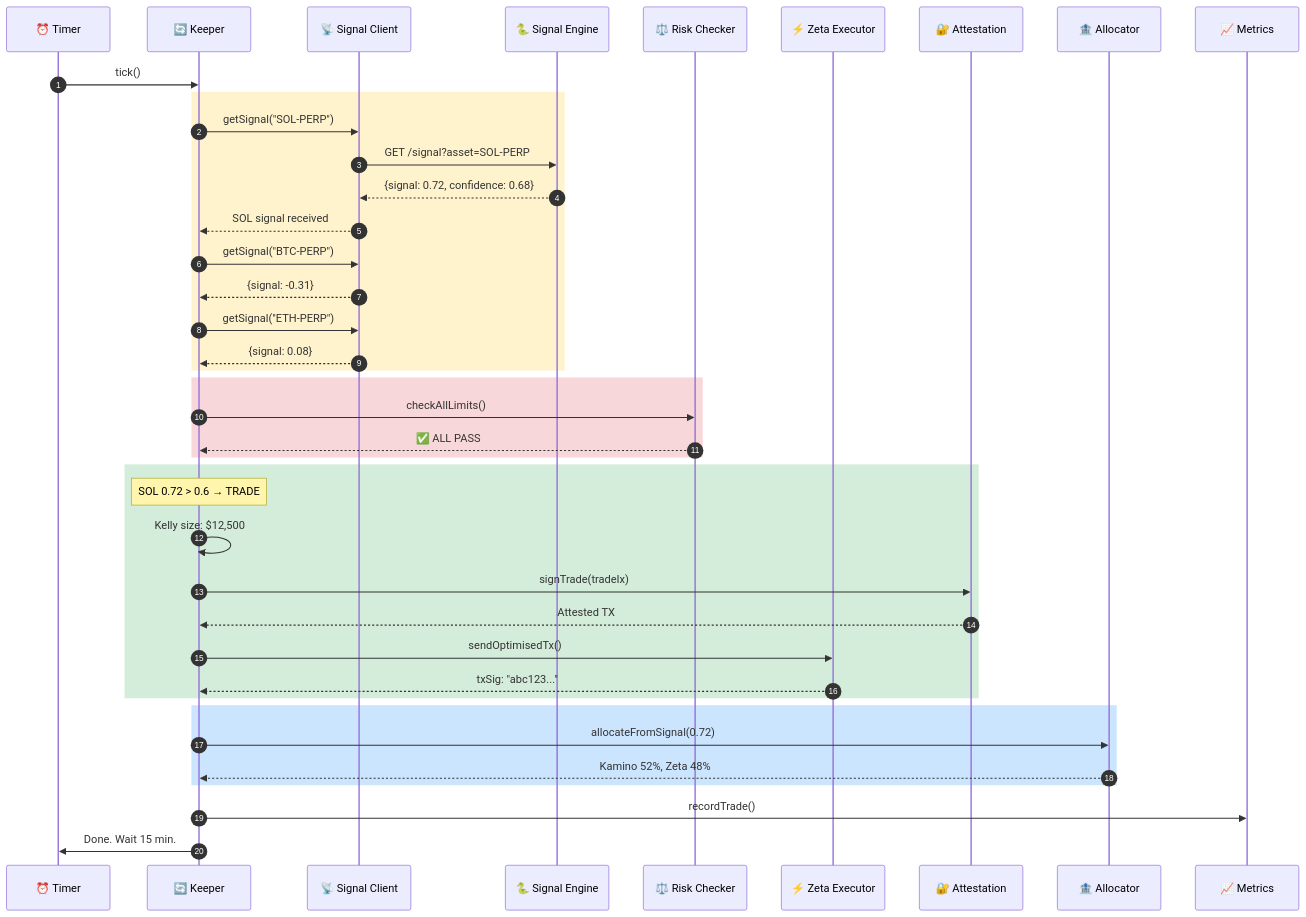
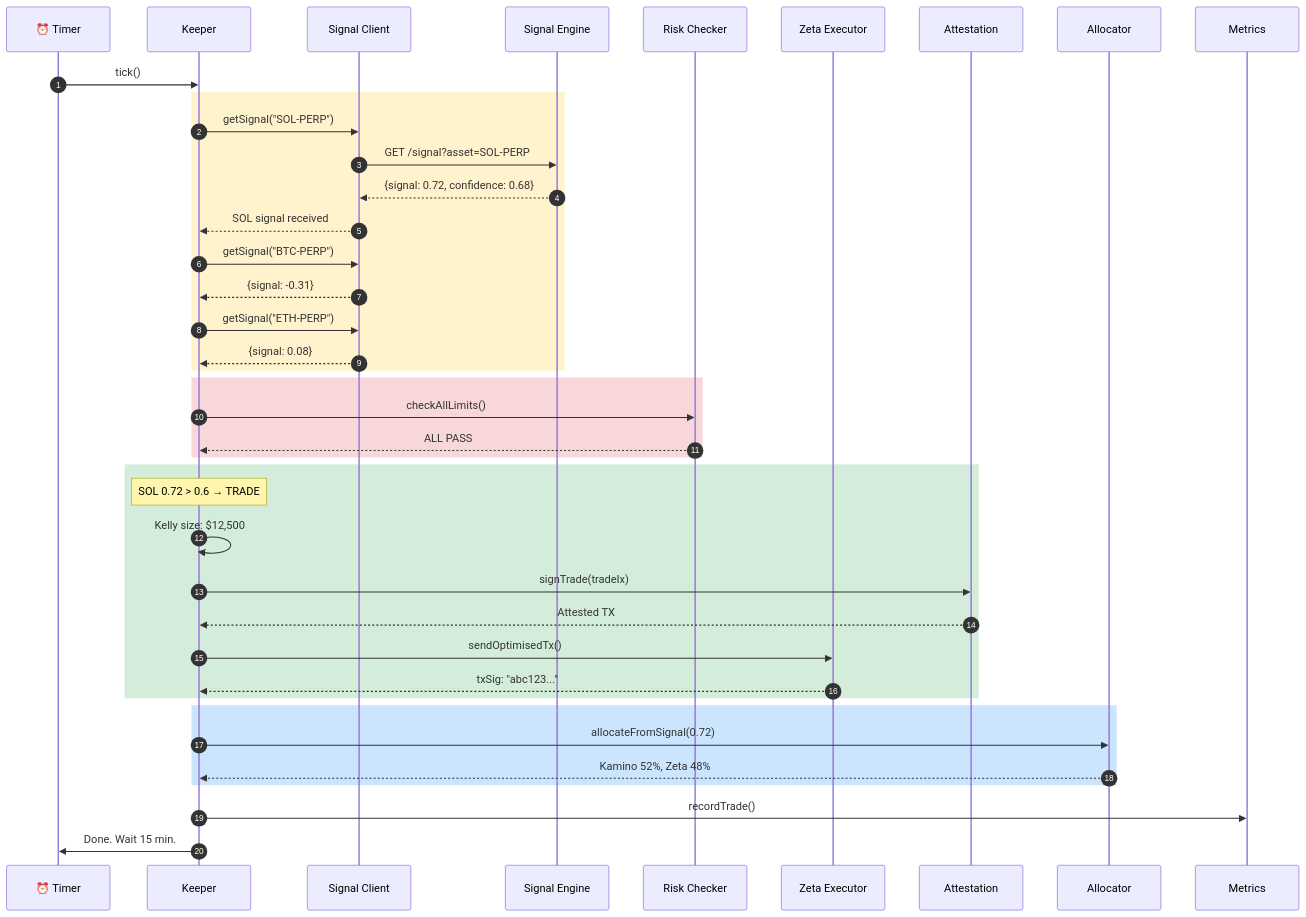
Before and after one commit to Ashutosh0x/ranger-ai-vault: diagram 20 of 20 in docs/ARCHITECTURE.md, drawn with Mermaid. The commit also changed other lines of this file and 71 other files, not shown here.

````diff
--- a/docs/ARCHITECTURE.md
+++ b/docs/ARCHITECTURE.md
@@ -1182,48 +1182,48 @@
 ```mermaid
 sequenceDiagram
-    autonumber
-    participant Timer as ⏰ Timer
-    participant KL as 🔄 Keeper
-    participant SC as 📡 Signal Client
-    participant SE as 🐍 Signal Engine
-    participant RC as ⚖️ Risk Checker
-    participant DE as ⚡ Zeta Executor
-    participant AT as 🔐 Attestation
-    participant VA as 🏦 Allocator
-    participant MT as 📈 Metrics
+ autonumber
+ participant Timer as ⏰ Timer
+ participant KL as Keeper
+ participant SC as Signal Client
+ participant SE as Signal Engine
+ participant RC as Risk Checker
+ participant DE as Zeta Executor
+ participant AT as Attestation
+ participant VA as Allocator
+ participant MT as Metrics
 
-    Timer->>KL: tick()
+ Timer->>KL: tick()
 
-    rect rgb(255, 243, 205)
-        KL->>SC: getSignal("SOL-PERP")
-        SC->>SE: GET /signal?asset=SOL-PERP
-        SE-->>SC: {signal: 0.72, confidence: 0.68}
-        SC-->>KL: SOL signal received
-        KL->>SC: getSignal("BTC-PERP")
-        SC-->>KL: {signal: -0.31}
-        KL->>SC: getSignal("ETH-PERP")
-        SC-->>KL: {signal: 0.08}
-    end
+ rect rgb(255, 243, 205)
+ KL->>SC: getSignal("SOL-PERP")
+ SC->>SE: GET /signal?asset=SOL-PERP
+ SE-->>SC: {signal: 0.72, confidence: 0.68}
+ SC-->>KL: SOL signal received
+ KL->>SC: getSignal("BTC-PERP")
+ SC-->>KL: {signal: -0.31}
+ KL->>SC: getSignal("ETH-PERP")
+ SC-->>KL: {signal: 0.08}
+ end
 
-    rect rgb(248, 215, 218)
-        KL->>RC: checkAllLimits()
-        RC-->>KL: ✅ ALL PASS
-    end
+ rect rgb(248, 215, 218)
+ KL->>RC: checkAllLimits()
+ RC-->>KL: ALL PASS
+ end
 
-    rect rgb(212, 237, 218)
-        Note over KL: SOL 0.72 > 0.6 → TRADE
-        KL->>KL: Kelly size: $12,500
-        KL->>AT: signTrade(tradeIx)
-        AT-->>KL: Attested TX
-        KL->>DE: sendOptimisedTx()
-        DE-->>KL: txSig: "abc123..."
-    end
+ rect rgb(212, 237, 218)
+ Note over KL: SOL 0.72 > 0.6 → TRADE
+ KL->>KL: Kelly size: $12,500
+ KL->>AT: signTrade(tradeIx)
+ AT-->>KL: Attested TX
+ KL->>DE: sendOptimisedTx()
+ DE-->>KL: txSig: "abc123..."
+ end
 
-    rect rgb(204, 229, 255)
-        KL->>VA: allocateFromSignal(0.72)
-        VA-->>KL: Kamino 52%, Zeta 48%
-    end
+ rect rgb(204, 229, 255)
+ KL->>VA: allocateFromSignal(0.72)
+ VA-->>KL: Kamino 52%, Zeta 48%
+ end
 
-    KL->>MT: recordTrade()
-    KL->>Timer: Done. Wait 15 min.
+ KL->>MT: recordTrade()
+ KL->>Timer: Done. Wait 15 min.
 ```
````
